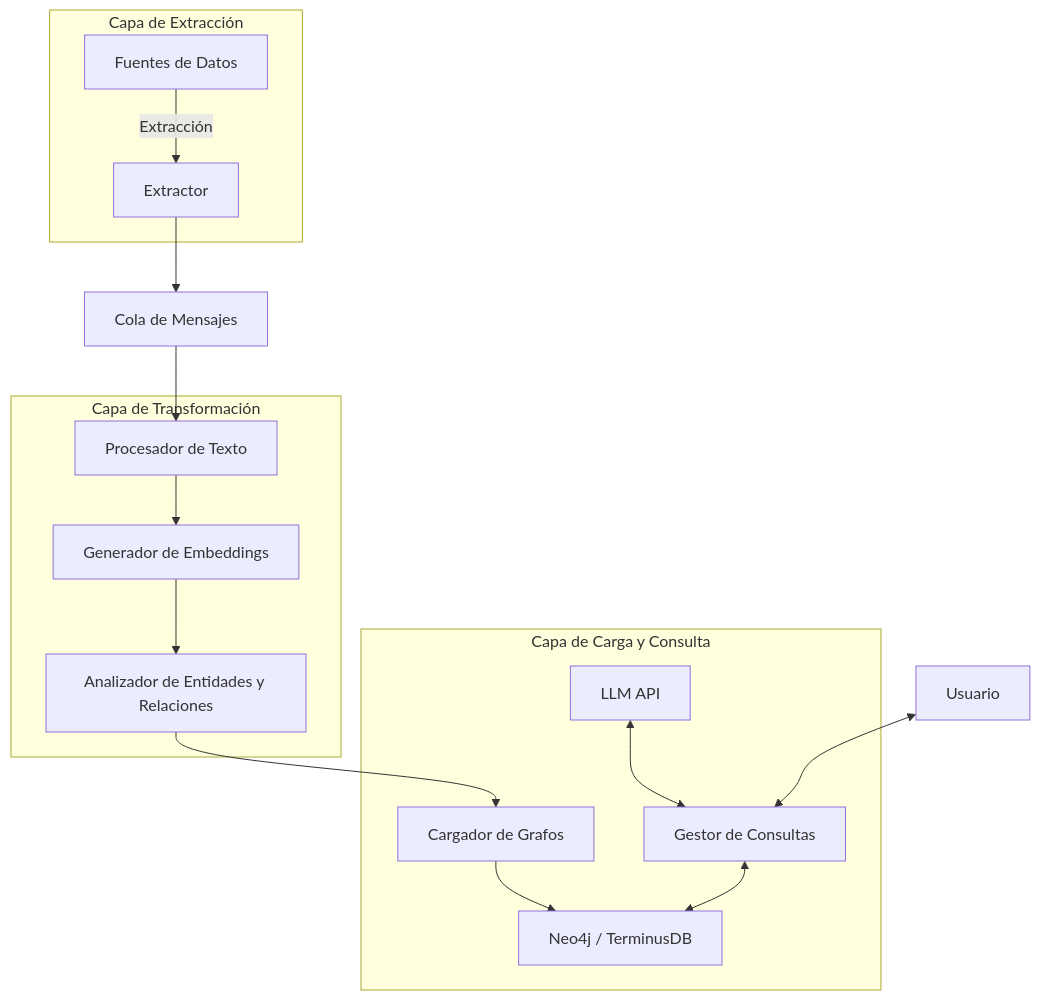
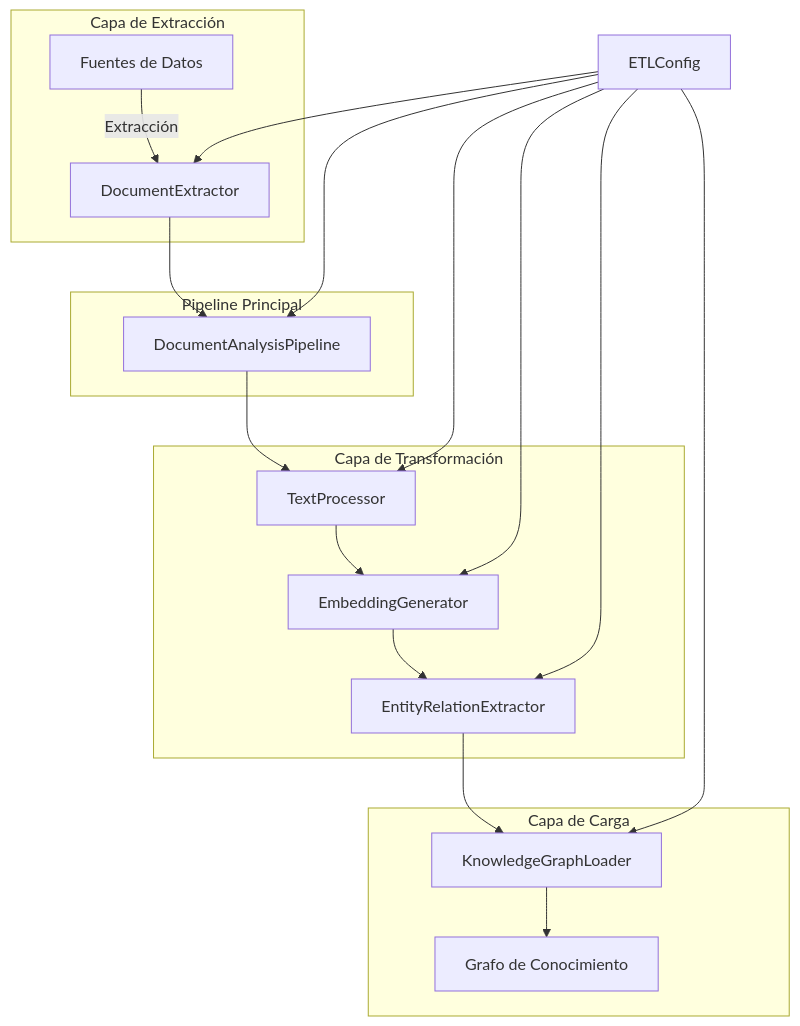
Before and after one commit to complexluise/documentgraph: the diagram in etl-architecture-diagram.mermaid, drawn with Mermaid. The commit also changed 4 other files, not shown here.

First line of the commit message:
:art: :recycle: Refactor ETL architecture and code for better clarity and maintainability

```diff
--- a/etl-architecture-diagram.mermaid
+++ b/etl-architecture-diagram.mermaid
@@ -1,29 +1,35 @@
 graph TD
-    A[Fuentes de Datos] -->|Extracción| B[Extractor]
-    B --> C[Cola de Mensajes]
-    C --> D[Procesador de Texto]
-    D --> E[Generador de Embeddings]
-    E --> F[Analizador de Entidades y Relaciones]
-    F --> G[Cargador de Grafos]
-    G --> H[Neo4j / TerminusDB]
-    I[LLM API] <--> J[Gestor de Consultas]
-    J <--> H
-    K[Usuario] <--> J
-    
+    A[Fuentes de Datos] -->|Extracción| B[DocumentExtractor]
+    B --> C[DocumentAnalysisPipeline]
+    C --> D[TextProcessor]
+    D --> E[EmbeddingGenerator]
+    E --> F[EntityRelationExtractor]
+    F --> G[KnowledgeGraphLoader]
+    G --> H[Grafo de Conocimiento]
+
     subgraph "Capa de Extracción"
     A
     B
     end
-    
+
     subgraph "Capa de Transformación"
     D
     E
     F
     end
-    
-    subgraph "Capa de Carga y Consulta"
+
+    subgraph "Capa de Carga"
     G
     H
-    I
-    J
     end
+
+    subgraph "Pipeline Principal"
+    C
+    end
+
+    I[ETLConfig] --> C
+    I --> B
+    I --> D
+    I --> E
+    I --> F
+    I --> G
```
